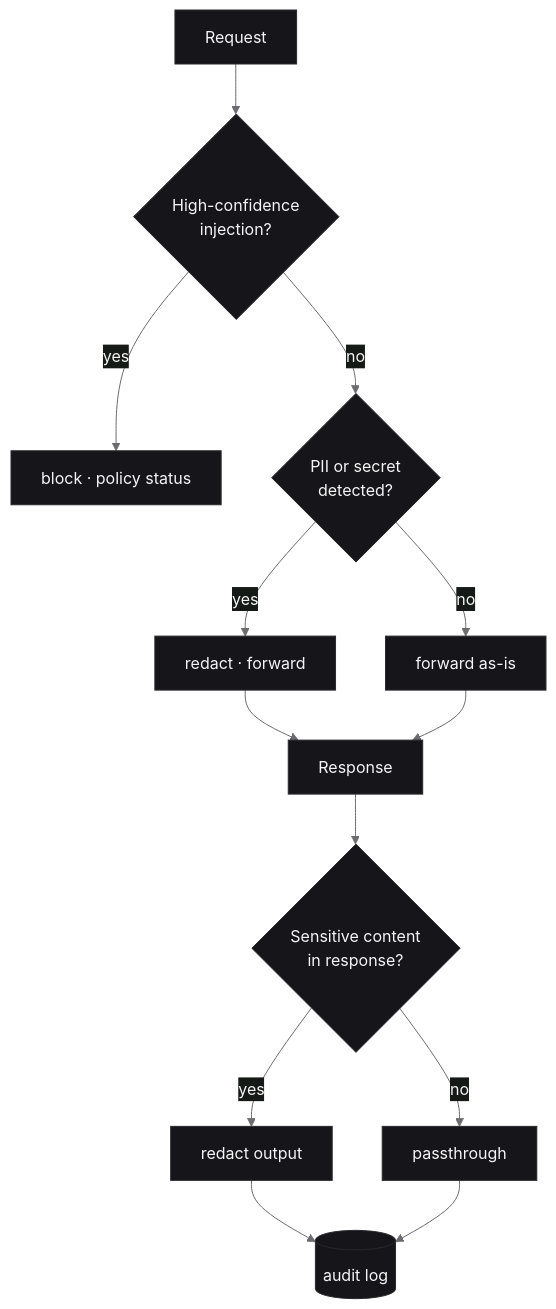
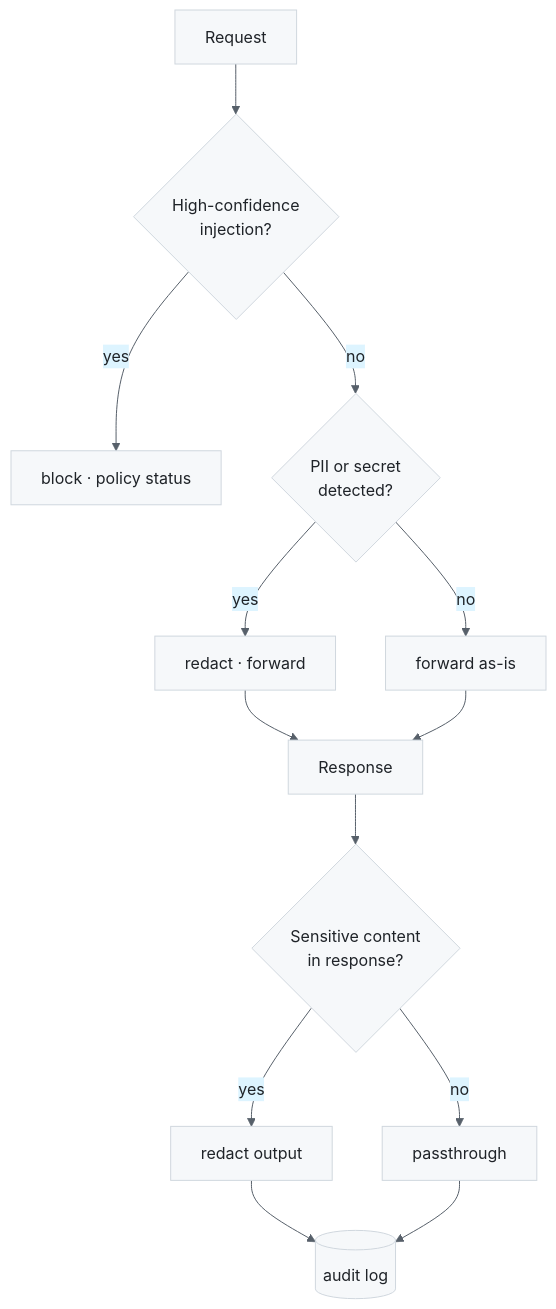
Before and after one commit to yushui2022/LLM-WAF: the third of 3 diagrams in README.md, drawn with Mermaid. The commit also changed other lines of this file and 6 other files, not shown here.

````diff
--- a/README.md
+++ b/README.md
@@ -308,23 +325,25 @@
 ```mermaid
 %%{init: {'theme':'base','themeVariables':{
-  'background':'#0a0a0b',
-  'primaryColor':'#16161a',
-  'primaryTextColor':'#f5f5f7',
-  'primaryBorderColor':'#2a2a2e',
-  'lineColor':'#6b6b70',
+  'background':'#ffffff',
+  'primaryColor':'#f6f8fa',
+  'primaryTextColor':'#1f2328',
+  'primaryBorderColor':'#d0d7de',
+  'lineColor':'#57606a',
+  'secondaryColor':'#ddf4ff',
+  'tertiaryColor':'#ffffff',
   'fontFamily':'ui-sans-serif, -apple-system, Segoe UI, sans-serif'
 }}}%%
 flowchart TB
     R[Request] --> Q1{High-confidence<br/>injection?}
     Q1 -- yes --> B[block · policy status]
     Q1 -- no --> Q2{PII or secret<br/>detected?}
     Q2 -- yes --> RD[redact · forward]
     Q2 -- no --> FW[forward as-is]
     RD --> RESP[Response]
     FW --> RESP
     RESP --> Q3{Sensitive content<br/>in response?}
     Q3 -- yes --> RO[redact output]
     Q3 -- no --> PA[passthrough]
     RO --> AUD[(audit log)]
     PA --> AUD
 ```
````
